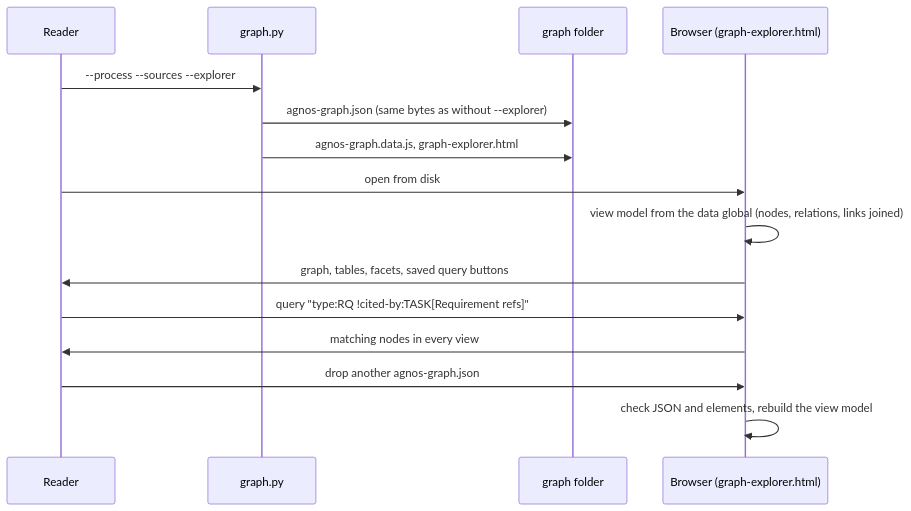
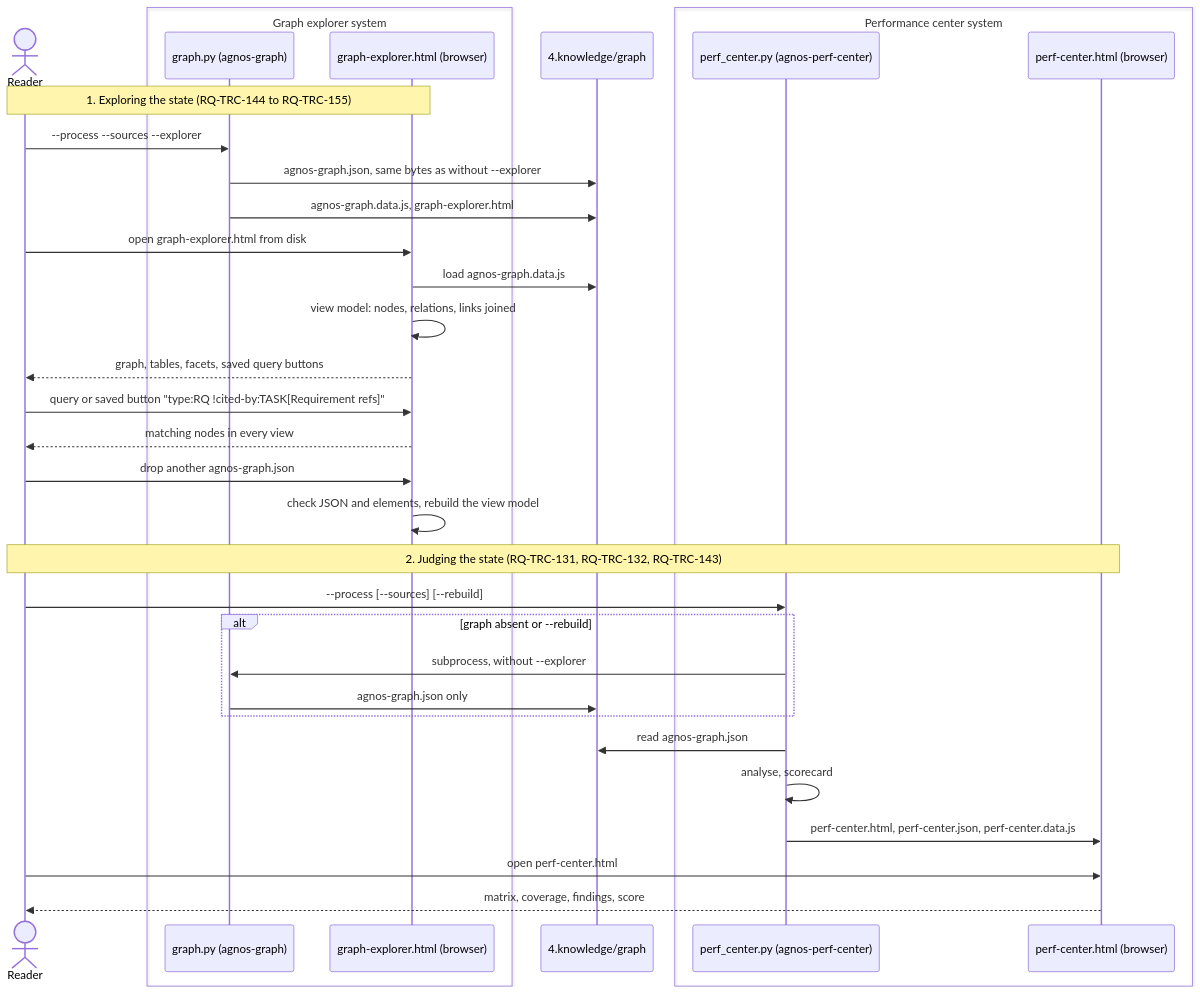
One commit to spashx/agnos changed the second of 2 diagrams in agnos-process/2.architecture/ADR-TRC-025-graph-explorer-page.md. Above: the diagram before and after it, drawn with Mermaid. The commit also changed other lines of this file and 2 other files, not shown here.

Commit message:
docs(TRC): ADR-TRC-025/TASK-TRC-130 split ADR diagrams into graph explorer and performance center systems; ADR accepted

````diff
--- a/agnos-process/2.architecture/ADR-TRC-025-graph-explorer-page.md
+++ b/agnos-process/2.architecture/ADR-TRC-025-graph-explorer-page.md
@@ -120,17 +186,38 @@
 ```mermaid
 sequenceDiagram
-    participant U as Reader
-    participant G as graph.py
-    participant F as graph folder
-    participant B as Browser (graph-explorer.html)
-    U->>G: --process --sources --explorer
-    G->>F: agnos-graph.json (same bytes as without --explorer)
+    actor R as Reader
+    box Graph explorer system
+        participant G as graph.py (agnos-graph)
+        participant E as graph-explorer.html (browser)
+    end
+    participant F as 4.knowledge/graph
+    box Performance center system
+        participant P as perf_center.py (agnos-perf-center)
+        participant C as perf-center.html (browser)
+    end
+
+    Note over R,E: 1. Exploring the state (RQ-TRC-144 to RQ-TRC-155)
+    R->>G: --process --sources --explorer
+    G->>F: agnos-graph.json, same bytes as without --explorer
     G->>F: agnos-graph.data.js, graph-explorer.html
-    U->>B: open from disk
-    B->>B: view model from the data global (nodes, relations, links joined)
-    B->>U: graph, tables, facets, saved query buttons
-    U->>B: query "type:RQ !cited-by:TASK[Requirement refs]"
-    B->>U: matching nodes in every view
-    U->>B: drop another agnos-graph.json
-    B->>B: check JSON and elements, rebuild the view model
+    R->>E: open graph-explorer.html from disk
+    E->>F: load agnos-graph.data.js
+    E->>E: view model: nodes, relations, links joined
+    E-->>R: graph, tables, facets, saved query buttons
+    R->>E: query or saved button "type:RQ !cited-by:TASK[Requirement refs]"
+    E-->>R: matching nodes in every view
+    R->>E: drop another agnos-graph.json
+    E->>E: check JSON and elements, rebuild the view model
+
+    Note over R,C: 2. Judging the state (RQ-TRC-131, RQ-TRC-132, RQ-TRC-143)
+    R->>P: --process [--sources] [--rebuild]
+    alt graph absent or --rebuild
+        P->>G: subprocess, without --explorer
+        G->>F: agnos-graph.json only
+    end
+    P->>F: read agnos-graph.json
+    P->>P: analyse, scorecard
+    P->>C: perf-center.html, perf-center.json, perf-center.data.js
+    R->>C: open perf-center.html
+    C-->>R: matrix, coverage, findings, score
 ```
````
